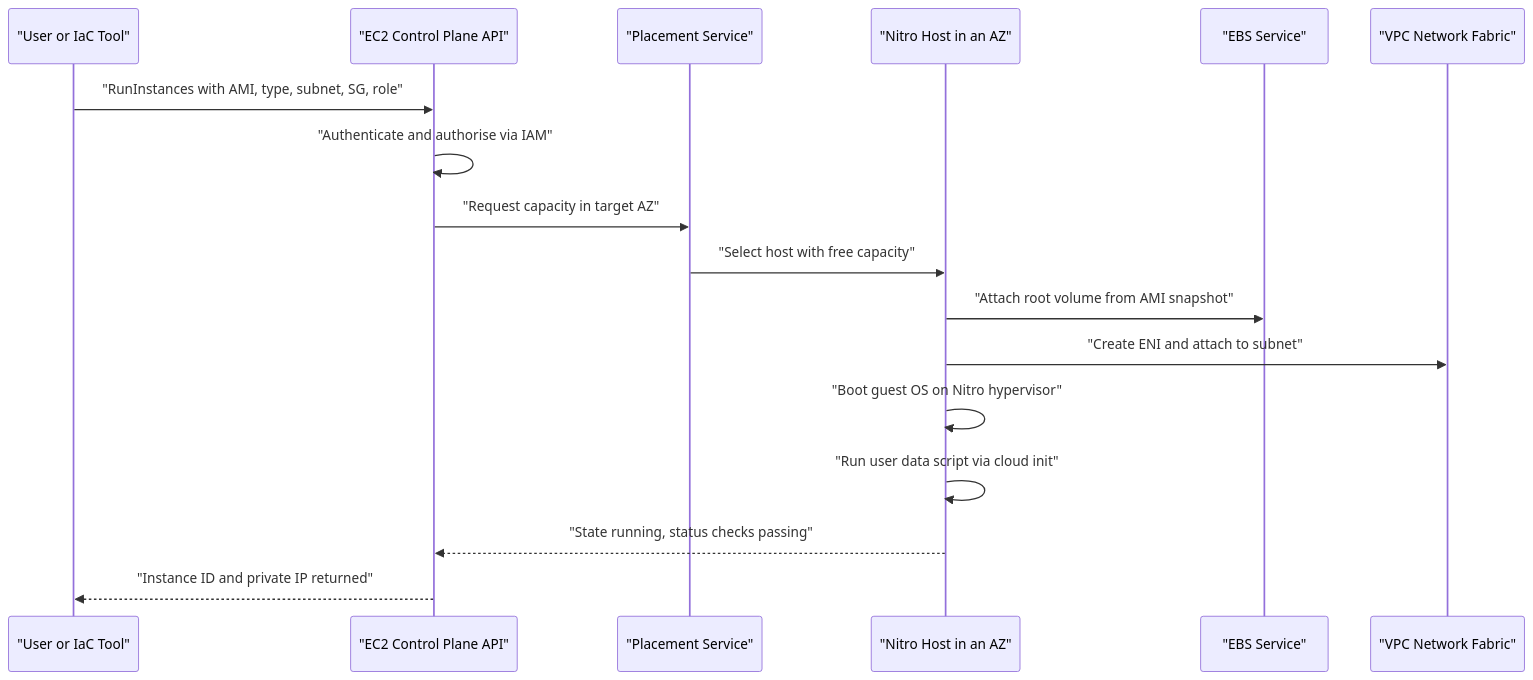
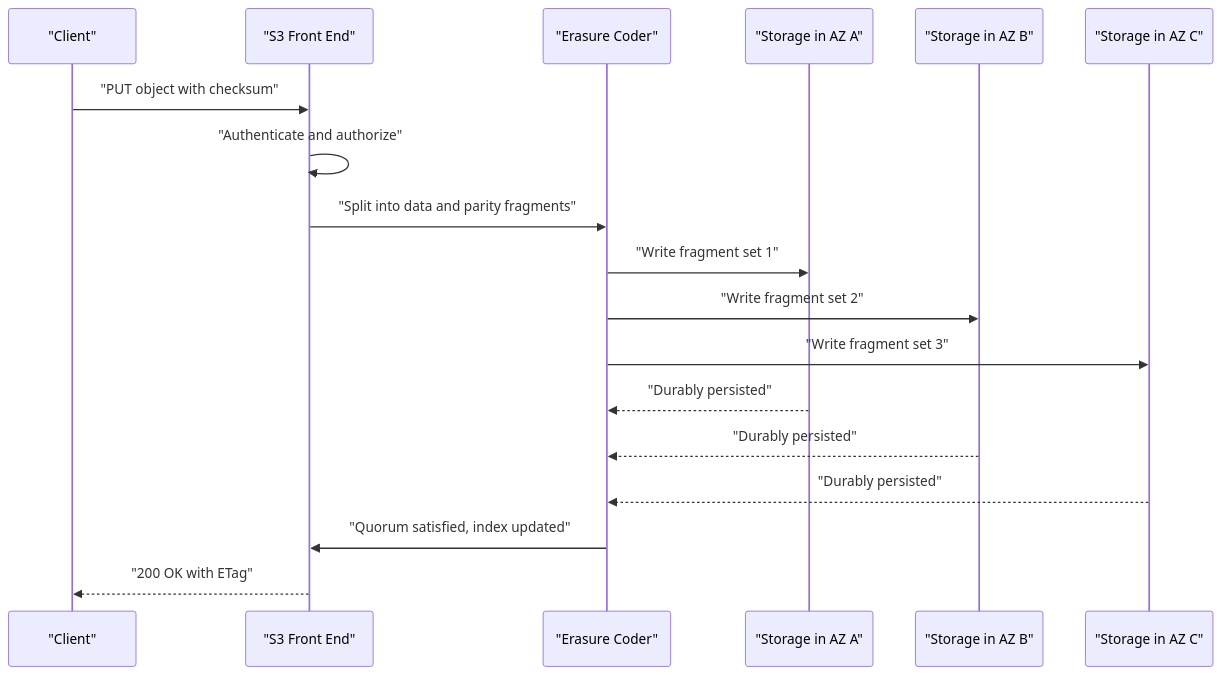
The fifth of 22 diagrams in docs/unit1/topic4.md (norbutlepcha25/dso303), drawn with Mermaid before and after one commit. The commit also changed other lines of this file and 945 other files, not shown here.

````diff
--- a/docs/unit1/topic4.md
+++ b/docs/unit1/topic4.md
@@ -244,20 +367,20 @@
 ```mermaid
 sequenceDiagram
-    participant U as "User or IaC Tool"
-    participant API as "EC2 Control Plane API"
-    participant PL as "Placement Service"
-    participant HOST as "Nitro Host in an AZ"
-    participant EBS as "EBS Service"
-    participant VPC as "VPC Network Fabric"
-
-    U->>API: "RunInstances with AMI, type, subnet, SG, role"
-    API->>API: "Authenticate and authorise via IAM"
-    API->>PL: "Request capacity in target AZ"
-    PL->>HOST: "Select host with free capacity"
-    HOST->>EBS: "Attach root volume from AMI snapshot"
-    HOST->>VPC: "Create ENI and attach to subnet"
-    HOST->>HOST: "Boot guest OS on Nitro hypervisor"
-    HOST->>HOST: "Run user data script via cloud init"
-    HOST-->>API: "State running, status checks passing"
-    API-->>U: "Instance ID and private IP returned"
+    participant C as "Client"
+    participant FE as "S3 Front End"
+    participant EC as "Erasure Coder"
+    participant AZ1 as "Storage in AZ A"
+    participant AZ2 as "Storage in AZ B"
+    participant AZ3 as "Storage in AZ C"
+    C->>FE: "PUT object with checksum"
+    FE->>FE: "Authenticate and authorize"
+    FE->>EC: "Split into data and parity fragments"
+    EC->>AZ1: "Write fragment set 1"
+    EC->>AZ2: "Write fragment set 2"
+    EC->>AZ3: "Write fragment set 3"
+    AZ1-->>EC: "Durably persisted"
+    AZ2-->>EC: "Durably persisted"
+    AZ3-->>EC: "Durably persisted"
+    EC->>FE: "Quorum satisfied, index updated"
+    FE-->>C: "200 OK with ETag"
 ```
````
